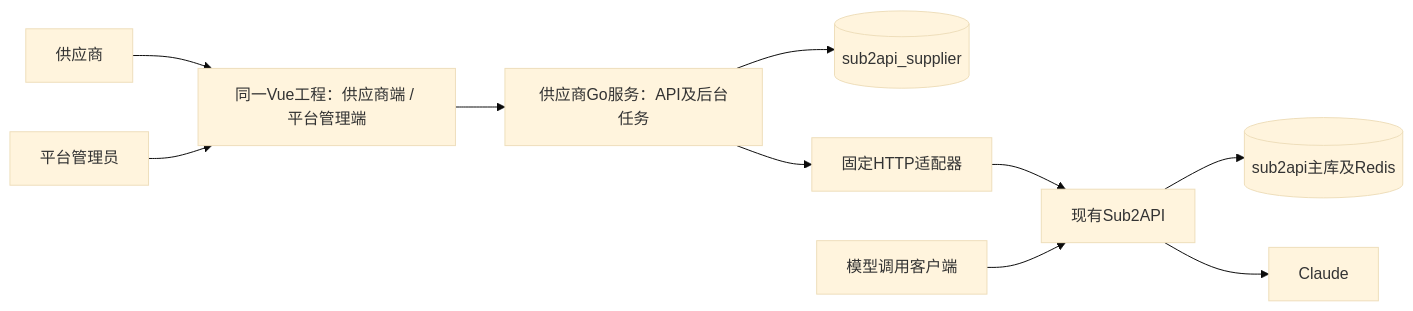
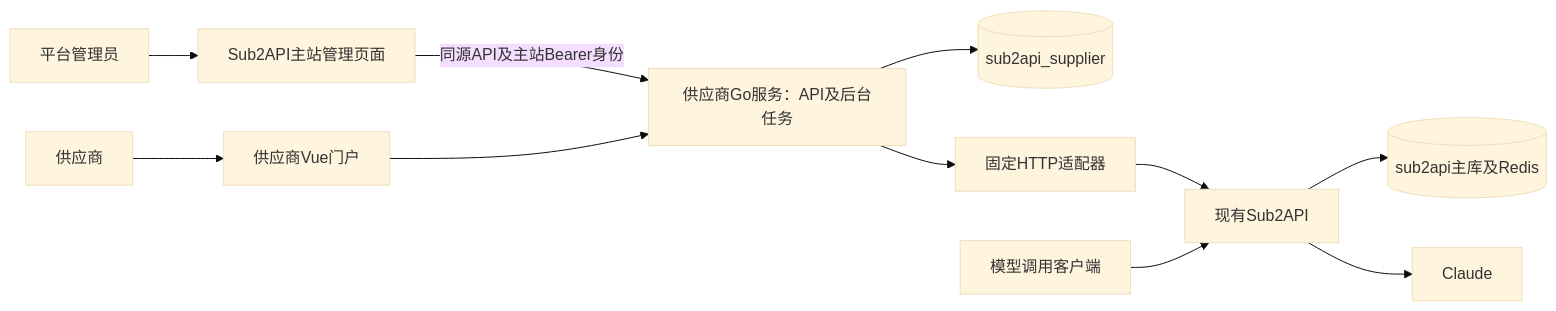
Before and after one commit to moxaitoken/sub2api: the diagram in extensions/supplier/docs/architecture.md, drawn with Mermaid (base theme). The commit also changed other lines of this file and 75 other files, not shown here.

````diff
--- a/extensions/supplier/docs/architecture.md
+++ b/extensions/supplier/docs/architecture.md
@@ -13,12 +13,13 @@
 ```mermaid
 flowchart LR
-    V[供应商] --> UI[同一Vue工程：供应商端 / 平台管理端]
-    A[平台管理员] --> UI
-    UI --> B[供应商Go服务：API及后台任务]
+    V[供应商] --> UI[供应商Vue门户]
+    A[平台管理员] --> MAIN[Sub2API主站管理页面]
+    MAIN -->|同源API及主站Bearer身份| B[供应商Go服务：API及后台任务]
+    UI --> B
     B --> D[(sub2api_supplier)]
     B --> AD[固定HTTP适配器]
     AD --> S[现有Sub2API]
     C[模型调用客户端] --> S
     S --> P[(sub2api主库及Redis)]
     S --> M[Claude]
 ```
````
